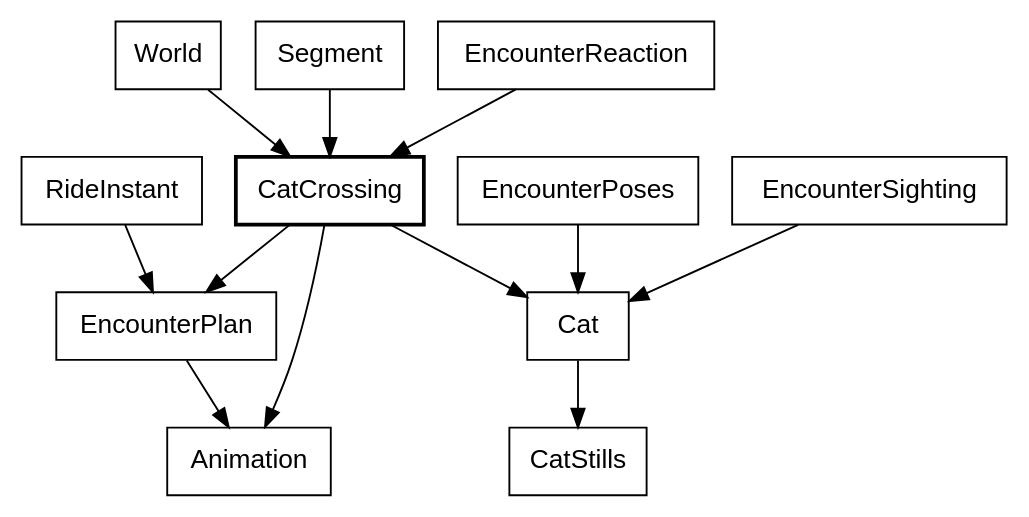
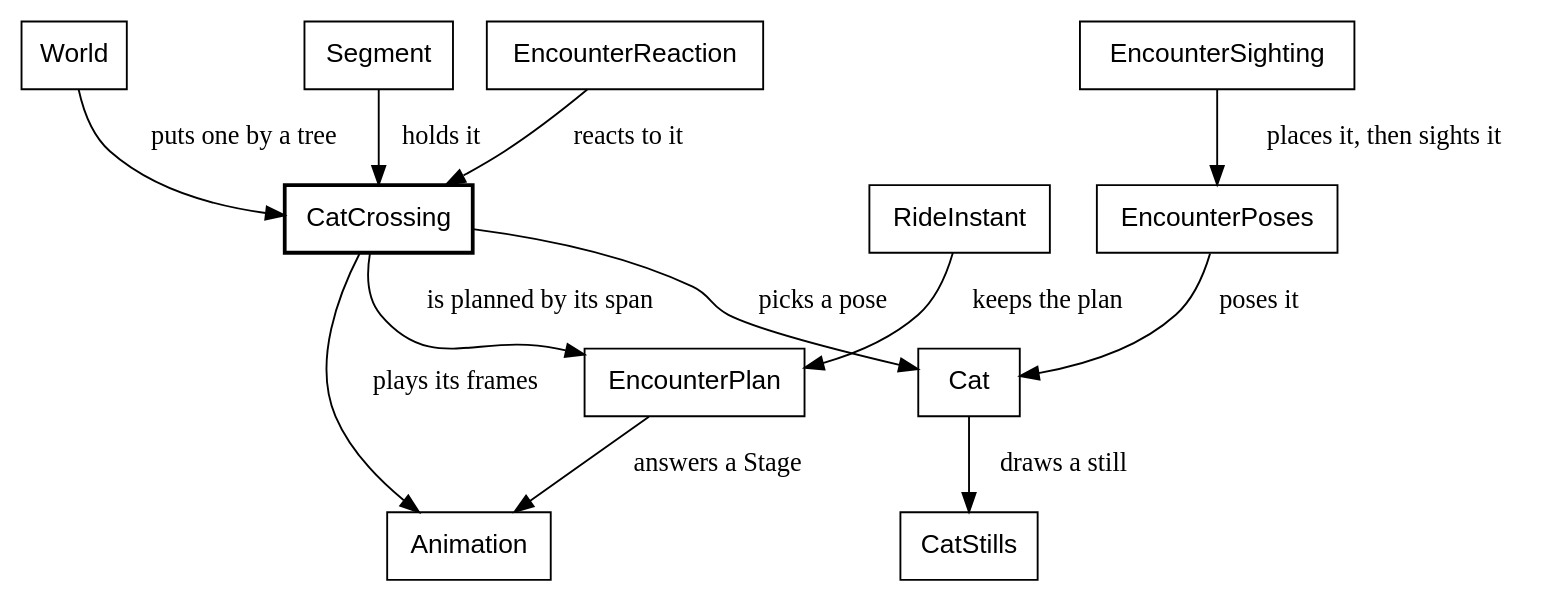
Diagram 22 of 32 in canvas_apps/safari/tutorial/tutorial.md (showell/roc-apps), drawn with Graphviz before and after one commit. The commit also changed other lines of this file, not shown here.

Commit message:
tutorial: the cat chapter's second round, labelled edges; four fields kept, not three

````diff
--- a/canvas_apps/safari/tutorial/tutorial.md
+++ b/canvas_apps/safari/tutorial/tutorial.md
@@ -2109,17 +2109,17 @@
 ```dot
 digraph cat {
   node [shape=box, fontname="Helvetica"];
   CatCrossing [style=bold];
-  World -> CatCrossing;
-  Segment -> CatCrossing;
-  RideInstant -> EncounterPlan;
-  EncounterReaction -> CatCrossing;
-  EncounterPoses -> Cat;
-  EncounterSighting -> Cat;
-  CatCrossing -> Cat;
-  CatCrossing -> Animation;
-  CatCrossing -> EncounterPlan;
-  EncounterPlan -> Animation;
-  Cat -> CatStills;
+  World -> CatCrossing [label="  puts one by a tree"];
+  Segment -> CatCrossing [label="  holds it"];
+  RideInstant -> EncounterPlan [label="  keeps the plan"];
+  EncounterReaction -> CatCrossing [label="  reacts to it"];
+  EncounterSighting -> EncounterPoses [label="  places it, then sights it"];
+  EncounterPoses -> Cat [label="  poses it"];
+  CatCrossing -> Cat [label="  picks a pose"];
+  CatCrossing -> Animation [label="  plays its frames"];
+  CatCrossing -> EncounterPlan [label="  is planned by its span"];
+  EncounterPlan -> Animation [label="  answers a Stage"];
+  Cat -> CatStills [label="  draws a still"];
 }
 ```
````
